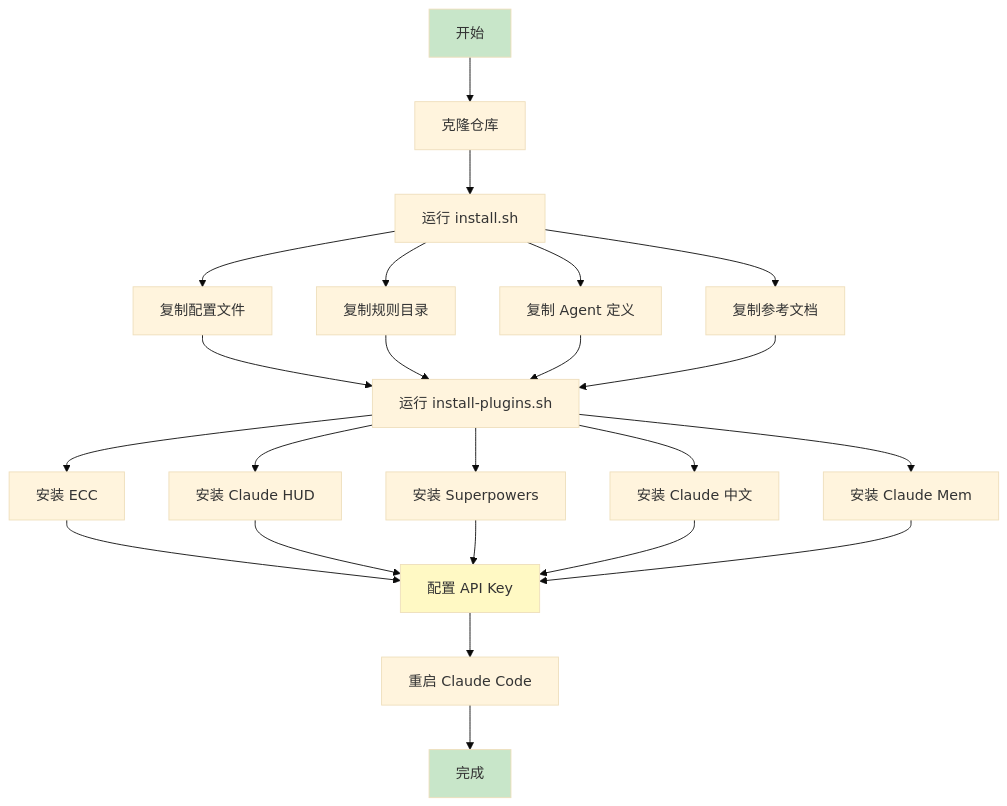
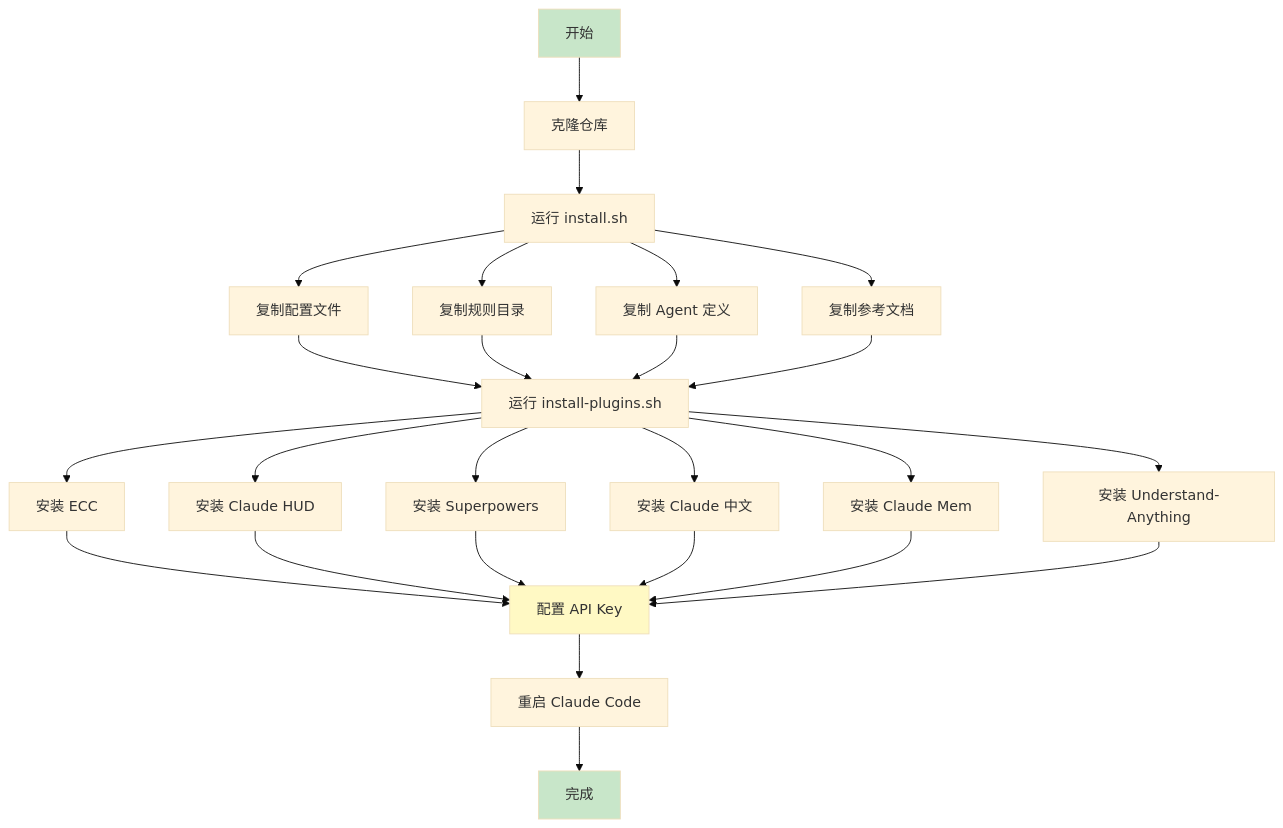
Before and after one commit to shuai-yemao/shuai-yemao-chip: the third of 9 diagrams in README.md, drawn with Mermaid (base theme). The commit also changed other lines of this file and 1 other file, not shown here.

Commit message:
docs: 更新配置和 README - 启用 Understand-Anything 插件 + 更新 Hooks 系统

````diff
--- a/README.md
+++ b/README.md
@@ -95,29 +112,31 @@
 ```mermaid
 flowchart TD
     A[开始] --> B[克隆仓库]
     B --> C[运行 install.sh]
     C --> D[复制配置文件]
     C --> E[复制规则目录]
     C --> F[复制 Agent 定义]
     C --> G[复制参考文档]
     D --> H[运行 install-plugins.sh]
     E --> H
     F --> H
     G --> H
     H --> I[安装 ECC]
     H --> J[安装 Claude HUD]
     H --> K[安装 Superpowers]
     H --> L[安装 Claude 中文]
     H --> M[安装 Claude Mem]
-    I --> N[配置 API Key]
-    J --> N
-    K --> N
-    L --> N
-    M --> N
-    N --> O[重启 Claude Code]
-    O --> P[完成]
+    H --> N[安装 Understand-Anything]
+    I --> O[配置 API Key]
+    J --> O
+    K --> O
+    L --> O
+    M --> O
+    N --> O
+    O --> P[重启 Claude Code]
+    P --> Q[完成]
 
     style A fill:#c8e6c9
-    style P fill:#c8e6c9
-    style N fill:#fff9c4
+    style Q fill:#c8e6c9
+    style O fill:#fff9c4
 ```
````
